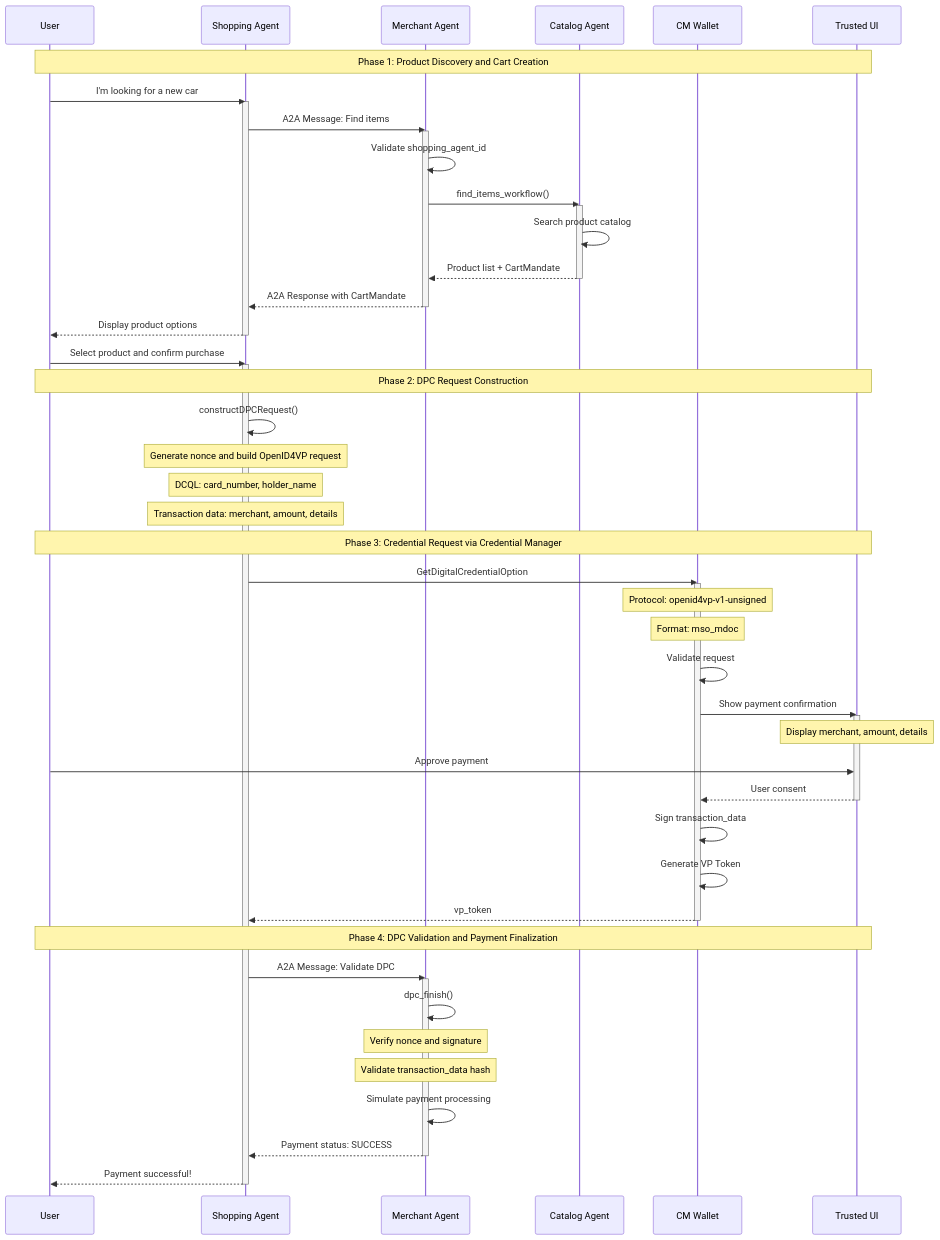
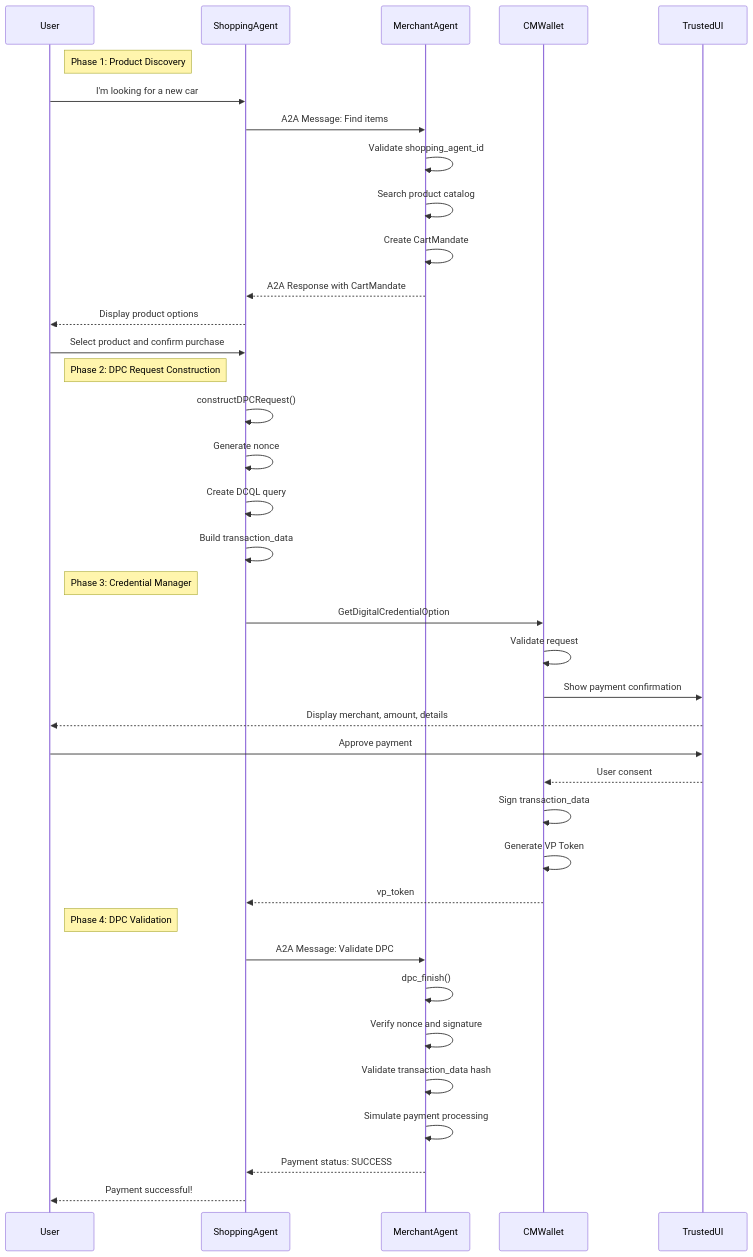
One commit to kukgini/kukgini.github.io changed the first of 2 diagrams in src/ap2/ap2-sample-dpc.md. Above: the diagram before and after it, drawn with Mermaid.

````diff
--- a/src/ap2/ap2-sample-dpc.md
+++ b/src/ap2/ap2-sample-dpc.md
@@ -7,67 +7,49 @@
-```{mermaid}
+```mermaid
 sequenceDiagram
     participant User
-    participant ShoppingAgent as Shopping Agent
-    participant MerchantAgent as Merchant Agent
-    participant CatalogAgent as Catalog Agent
-    participant CMWallet as CM Wallet
-    participant TrustedUI as Trusted UI
+    participant ShoppingAgent
+    participant MerchantAgent
+    participant CMWallet
+    participant TrustedUI
 
-    Note over User,TrustedUI: Phase 1: Product Discovery and Cart Creation
+    Note right of User: Phase 1: Product Discovery
 
     User->>ShoppingAgent: I'm looking for a new car
-    activate ShoppingAgent
     ShoppingAgent->>MerchantAgent: A2A Message: Find items
-    activate MerchantAgent
     MerchantAgent->>MerchantAgent: Validate shopping_agent_id
-    MerchantAgent->>CatalogAgent: find_items_workflow()
-    activate CatalogAgent
-    CatalogAgent->>CatalogAgent: Search product catalog
-    CatalogAgent-->>MerchantAgent: Product list + CartMandate
-    deactivate CatalogAgent
+    MerchantAgent->>MerchantAgent: Search product catalog
+    MerchantAgent->>MerchantAgent: Create CartMandate
     MerchantAgent-->>ShoppingAgent: A2A Response with CartMandate
-    deactivate MerchantAgent
     ShoppingAgent-->>User: Display product options
-    deactivate ShoppingAgent
 
     User->>ShoppingAgent: Select product and confirm purchase
-    activate ShoppingAgent
 
-    Note over User,TrustedUI: Phase 2: DPC Request Construction
+    Note right of User: Phase 2: DPC Request Construction
 
     ShoppingAgent->>ShoppingAgent: constructDPCRequest()
-    Note over ShoppingAgent: Generate nonce and build OpenID4VP request
-    Note over ShoppingAgent: DCQL: card_number, holder_name
-    Note over ShoppingAgent: Transaction data: merchant, amount, details
+    ShoppingAgent->>ShoppingAgent: Generate nonce
+    ShoppingAgent->>ShoppingAgent: Create DCQL query
+    ShoppingAgent->>ShoppingAgent: Build transaction_data
 
-    Note over User,TrustedUI: Phase 3: Credential Request via Credential Manager
+    Note right of User: Phase 3: Credential Manager
 
     ShoppingAgent->>CMWallet: GetDigitalCredentialOption
-    activate CMWallet
-    Note over CMWallet: Protocol: openid4vp-v1-unsigned
-    Note over CMWallet: Format: mso_mdoc
     CMWallet->>CMWallet: Validate request
     CMWallet->>TrustedUI: Show payment confirmation
-    activate TrustedUI
-    Note over TrustedUI: Display merchant, amount, details
+    TrustedUI-->>User: Display merchant, amount, details
     User->>TrustedUI: Approve payment
     TrustedUI-->>CMWallet: User consent
-    deactivate TrustedUI
     CMWallet->>CMWallet: Sign transaction_data
     CMWallet->>CMWallet: Generate VP Token
     CMWallet-->>ShoppingAgent: vp_token
-    deactivate CMWallet
 
-    Note over User,TrustedUI: Phase 4: DPC Validation and Payment Finalization
+    Note right of User: Phase 4: DPC Validation
 
     ShoppingAgent->>MerchantAgent: A2A Message: Validate DPC
-    activate MerchantAgent
     MerchantAgent->>MerchantAgent: dpc_finish()
-    Note over MerchantAgent: Verify nonce and signature
-    Note over MerchantAgent: Validate transaction_data hash
+    MerchantAgent->>MerchantAgent: Verify nonce and signature
+    MerchantAgent->>MerchantAgent: Validate transaction_data hash
     MerchantAgent->>MerchantAgent: Simulate payment processing
     MerchantAgent-->>ShoppingAgent: Payment status: SUCCESS
-    deactivate MerchantAgent
     ShoppingAgent-->>User: Payment successful!
-    deactivate ShoppingAgent
 ```
````
